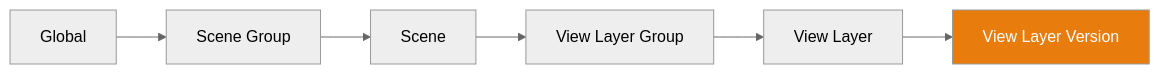
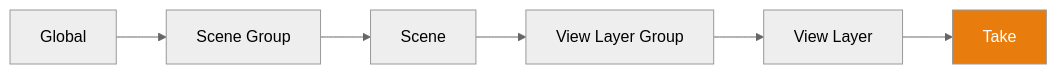
Before and after one commit to niwo-dev/Takes-for-Blender-Wiki: the diagram in docs/features/cascade.md, drawn with Mermaid (neutral theme). The commit also changed other lines of this file and 17 other files, not shown here.

````diff
--- a/docs/features/cascade.md
+++ b/docs/features/cascade.md
@@ -13,10 +13,10 @@
 ```mermaid
 graph LR
     Global[Global] --> SceneGrp[Scene Group]
     SceneGrp --> Scene[Scene]
     Scene --> LayerGroup[View Layer Group]
     LayerGroup --> Layer[View Layer]
-    Layer --> Version[View Layer Version]
+    Layer --> Take[Take]
 
-    style Version fill:#e87d0d,color:#fff
+    style Take fill:#e87d0d,color:#fff
 ```
````
